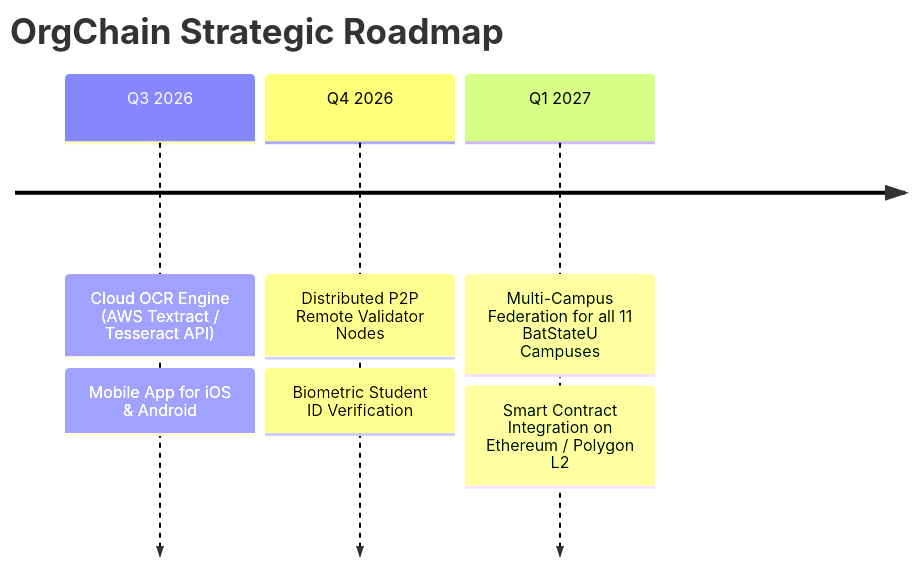
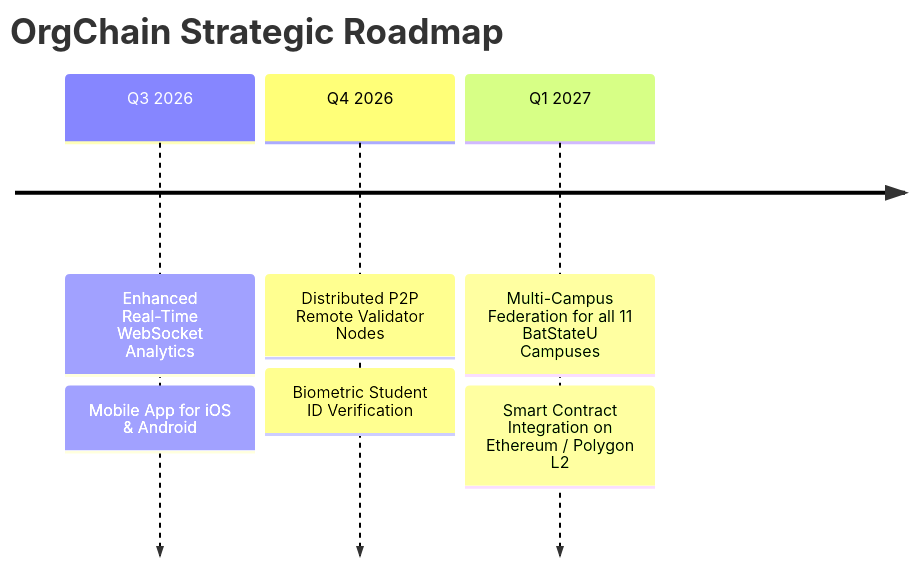
One commit to chals1029/OrgChainProject changed the diagram in ORGCHAIN/07 - Project Roadmap and Future Enhancements/Future Milestones and Features.md. Above: the diagram before and after it, drawn with Mermaid. The commit also changed other lines of this file and 44 other files, not shown here.

````diff
--- a/ORGCHAIN/07 - Project Roadmap and Future Enhancements/Future Milestones and Features.md
+++ b/ORGCHAIN/07 - Project Roadmap and Future Enhancements/Future Milestones and Features.md
@@ -9,10 +9,10 @@
 ```mermaid
 timeline
     title OrgChain Strategic Roadmap
-    Q3 2026 : Cloud OCR Engine (AWS Textract / Tesseract API)
+    Q3 2026 : Enhanced Real-Time WebSocket Analytics
             : Mobile App for iOS & Android
     Q4 2026 : Distributed P2P Remote Validator Nodes
             : Biometric Student ID Verification
     Q1 2027 : Multi-Campus Federation for all 11 BatStateU Campuses
             : Smart Contract Integration on Ethereum / Polygon L2
 ```
````
